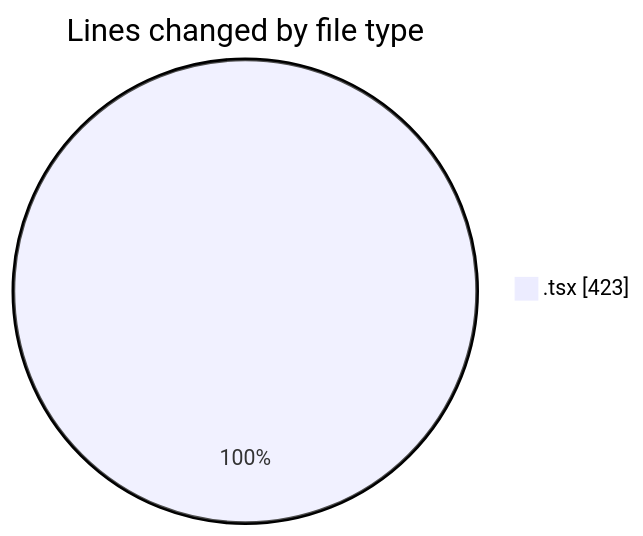
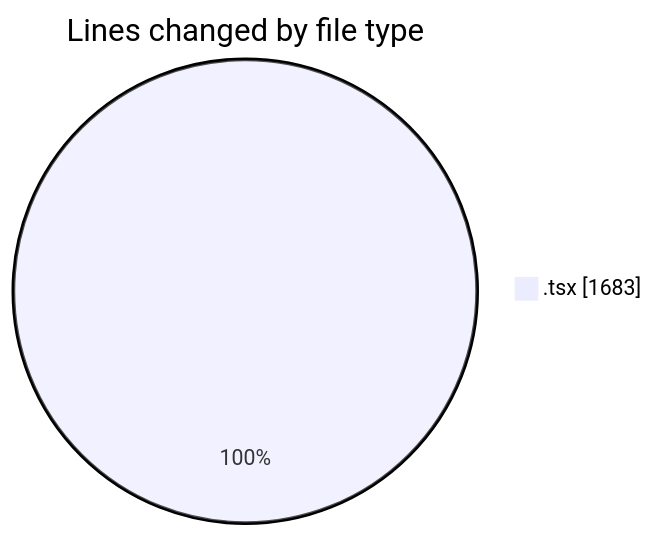
Before and after one commit to JenPaints/code-tracking: the first of 2 diagrams in 2025-06-20/modeljsondesigner/README.md, drawn with Mermaid. The commit also changed other lines of this file and 1 other file, not shown here.

````diff
--- a/2025-06-20/modeljsondesigner/README.md
+++ b/2025-06-20/modeljsondesigner/README.md
@@ -20,5 +20,5 @@
 ```mermaid
 pie showData
 title Lines changed by file type
-".tsx" : 423
+".tsx" : 1683
 ```
````
